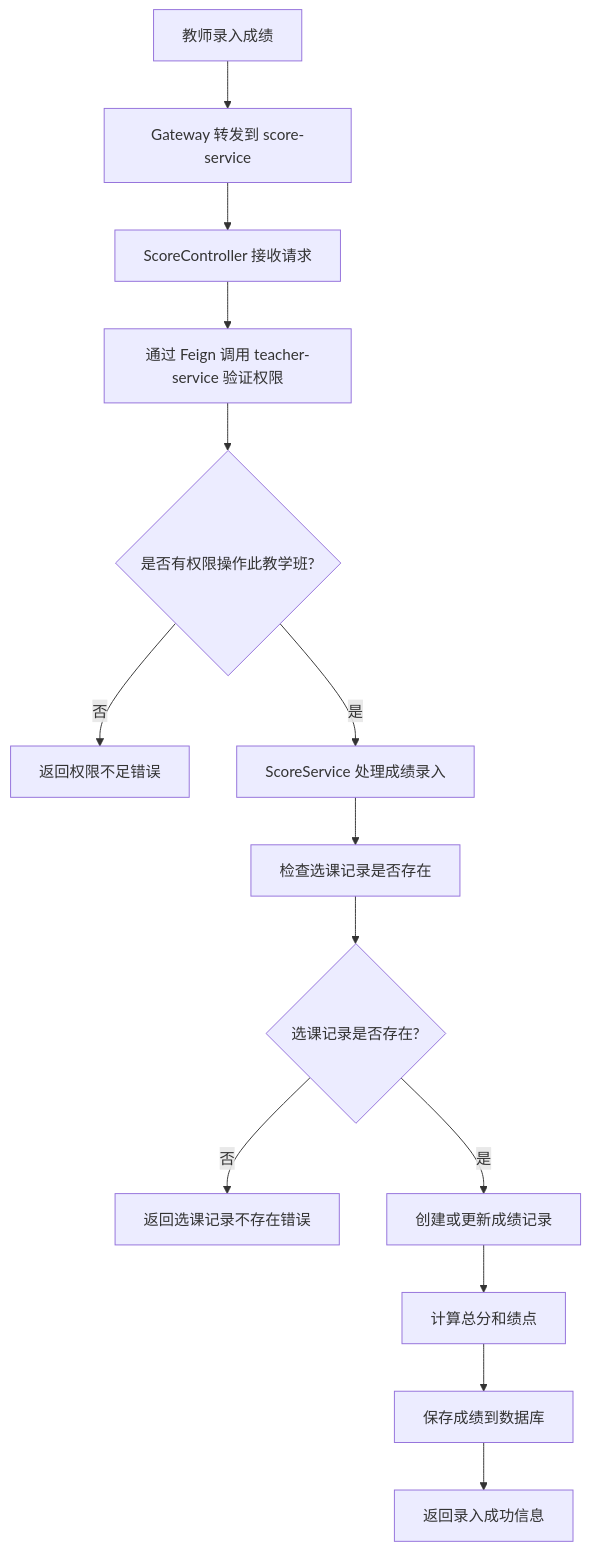
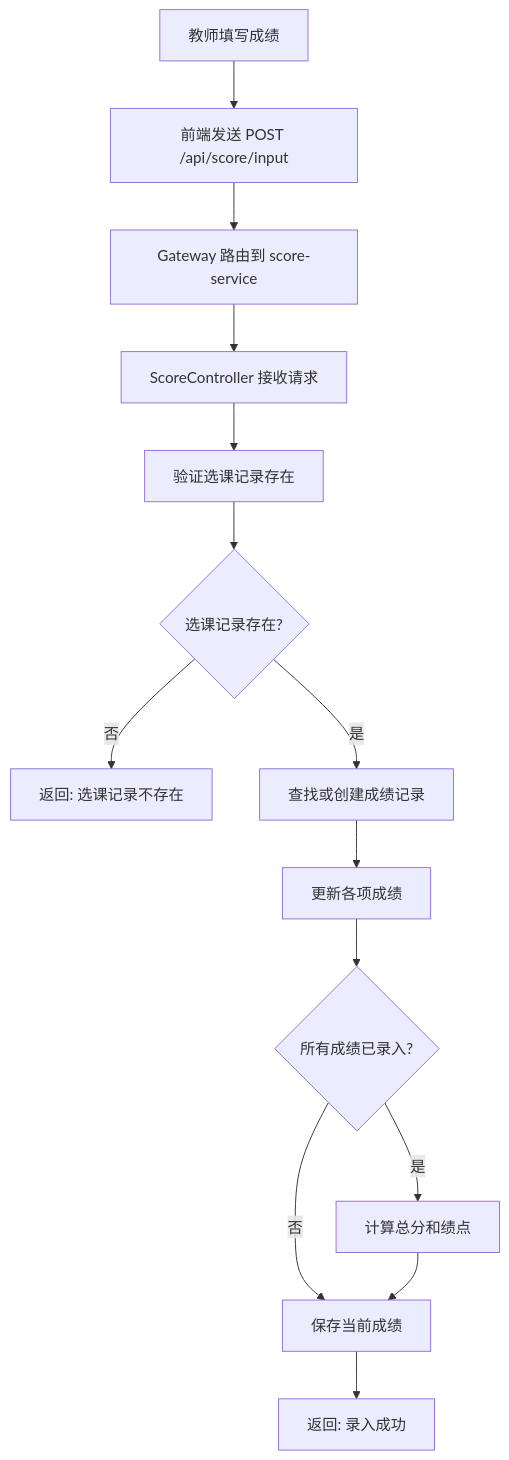
The fourth of 5 diagrams in Exp_Final/实验报告.md (NissonCX/Java-Course-Exp), drawn with Mermaid before and after one commit. The commit also changed other lines of this file and 7 other files, not shown here.

````diff
--- a/Exp_Final/实验报告.md
+++ b/Exp_Final/实验报告.md
@@ -232,16 +325,16 @@
 ```mermaid
 graph TD
-    A[教师录入成绩] --> B[Gateway 转发到 score-service]
-    B --> C[ScoreController 接收请求]
-    C --> D[通过 Feign 调用 teacher-service 验证权限]
-    D --> E{是否有权限操作此教学班?}
-    E -->|否| F[返回权限不足错误]
-    E -->|是| G[ScoreService 处理成绩录入]
-    G --> H[检查选课记录是否存在]
-    H --> I{选课记录是否存在?}
-    I -->|否| J[返回选课记录不存在错误]
-    I -->|是| K[创建或更新成绩记录]
-    K --> L[计算总分和绩点]
-    L --> M[保存成绩到数据库]
-    M --> N[返回录入成功信息]
+    A[教师填写成绩] --> B[前端发送 POST /api/score/input]
+    B --> C[Gateway 路由到 score-service]
+    C --> D[ScoreController 接收请求]
+    D --> E[验证选课记录存在]
+    E --> F{选课记录存在?}
+    F -->|否| G[返回: 选课记录不存在]
+    F -->|是| H[查找或创建成绩记录]
+    H --> I[更新各项成绩]
+    I --> J{所有成绩已录入?}
+    J -->|是| K[计算总分和绩点]
+    J -->|否| L[保存当前成绩]
+    K --> L
+    L --> M[返回: 录入成功]
 ```
````
